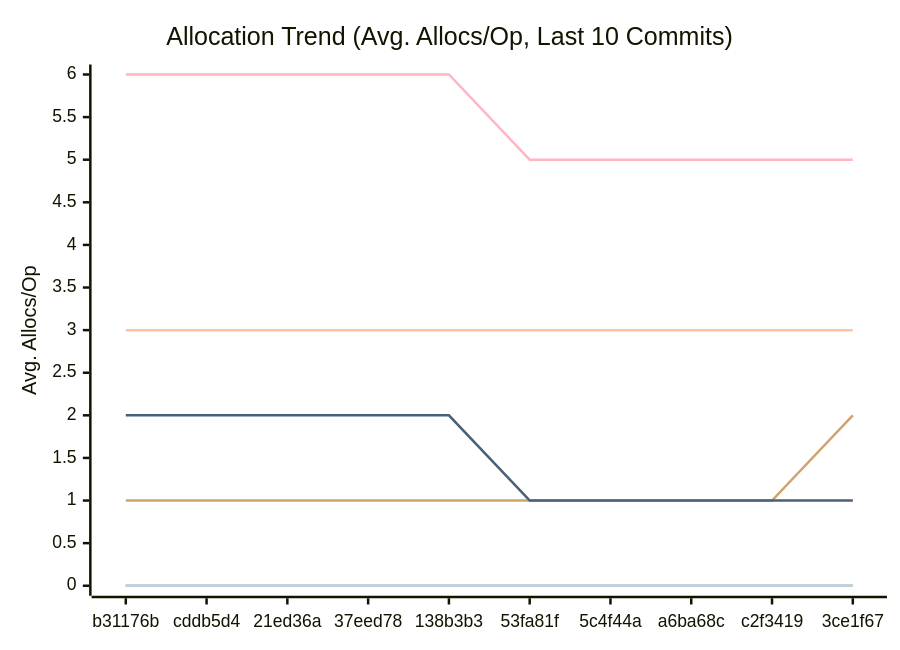
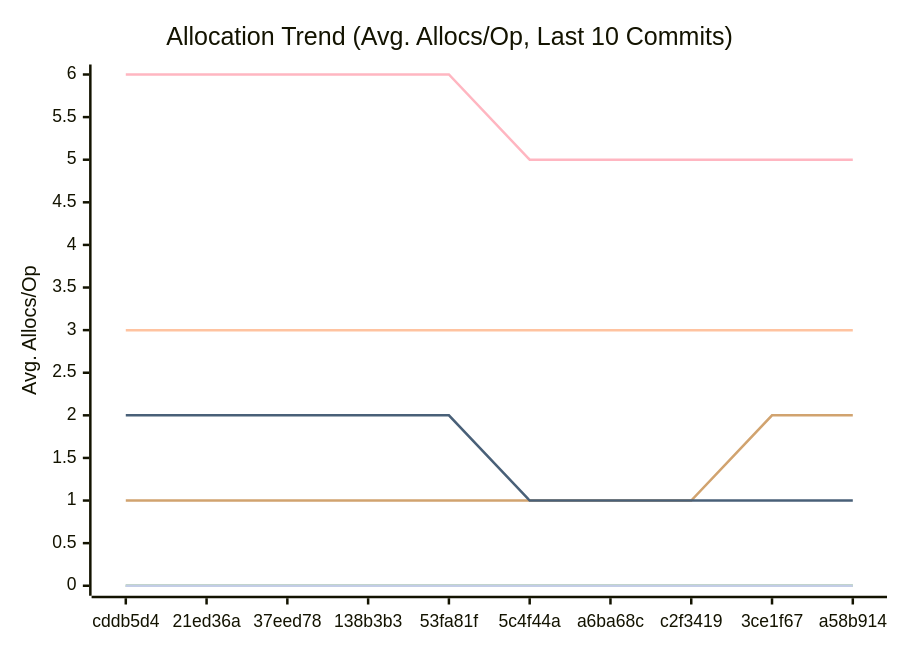
The third of 3 diagrams in docs/PERFORMANCE.md (alsotoes/momo), drawn with Mermaid before and after one commit. The commit also changed other lines of this file and 2 other files, not shown here.

````diff
--- a/docs/PERFORMANCE.md
+++ b/docs/PERFORMANCE.md
@@ -116,16 +114,16 @@
 ```mermaid
 xychart-beta
     title "Allocation Trend (Avg. Allocs/Op, Last 10 Commits)"
     x-axis "Commit"
     y-axis "Avg. Allocs/Op"
-    x-axis [b31176b,cddb5d4,21ed36a,37eed78,138b3b3,53fa81f,5c4f44a,a6ba68c,c2f3419,3ce1f67]
+    x-axis [cddb5d4,21ed36a,37eed78,138b3b3,53fa81f,5c4f44a,a6ba68c,c2f3419,3ce1f67,a58b914]
     line "CheckMetricsAndSwap" [0,0,0,0,0,0,0,0,0,0]
     line "CrushOptimized" [0,0,0,0,0,0,0,0,0,0]
     line "CrushOriginal" [3,3,3,3,3,3,3,3,3,3]
     line "IndexDirectTracking" [0,0,0,0,0,0,0,0,0,0]
     line "IndexSearch" [0,0,0,0,0,0,0,0,0,0]
-    line "LoadGlobalConfig" [1,1,1,1,1,1,1,1,1,2]
+    line "LoadGlobalConfig" [1,1,1,1,1,1,1,1,2,2]
     line "PadString" [0,0,0,0,0,0,0,0,0,0]
     line "ParseReplicationOrder_NoPrealloc" [6,6,6,6,6,5,5,5,5,5]
     line "ParseReplicationOrder_Prealloc" [2,2,2,2,2,1,1,1,1,1]
 ```
````
